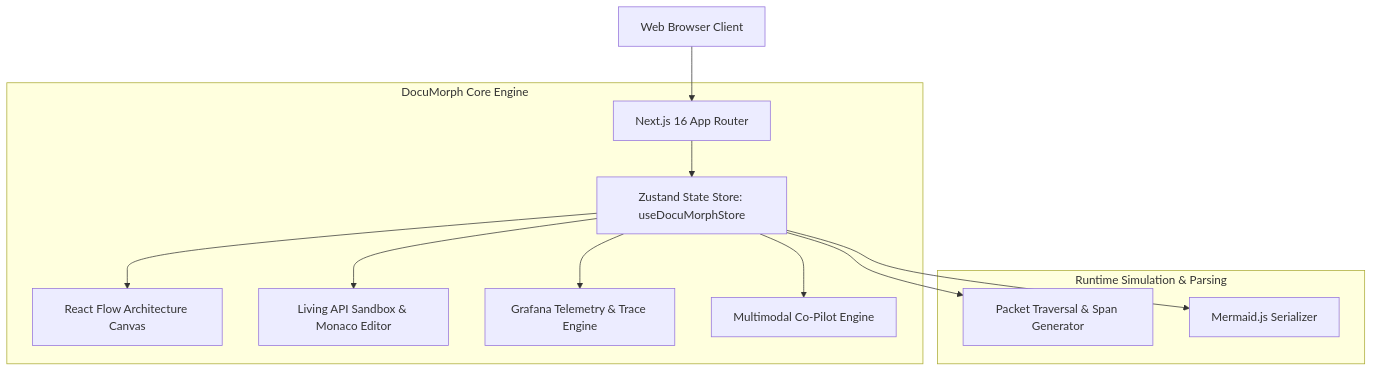
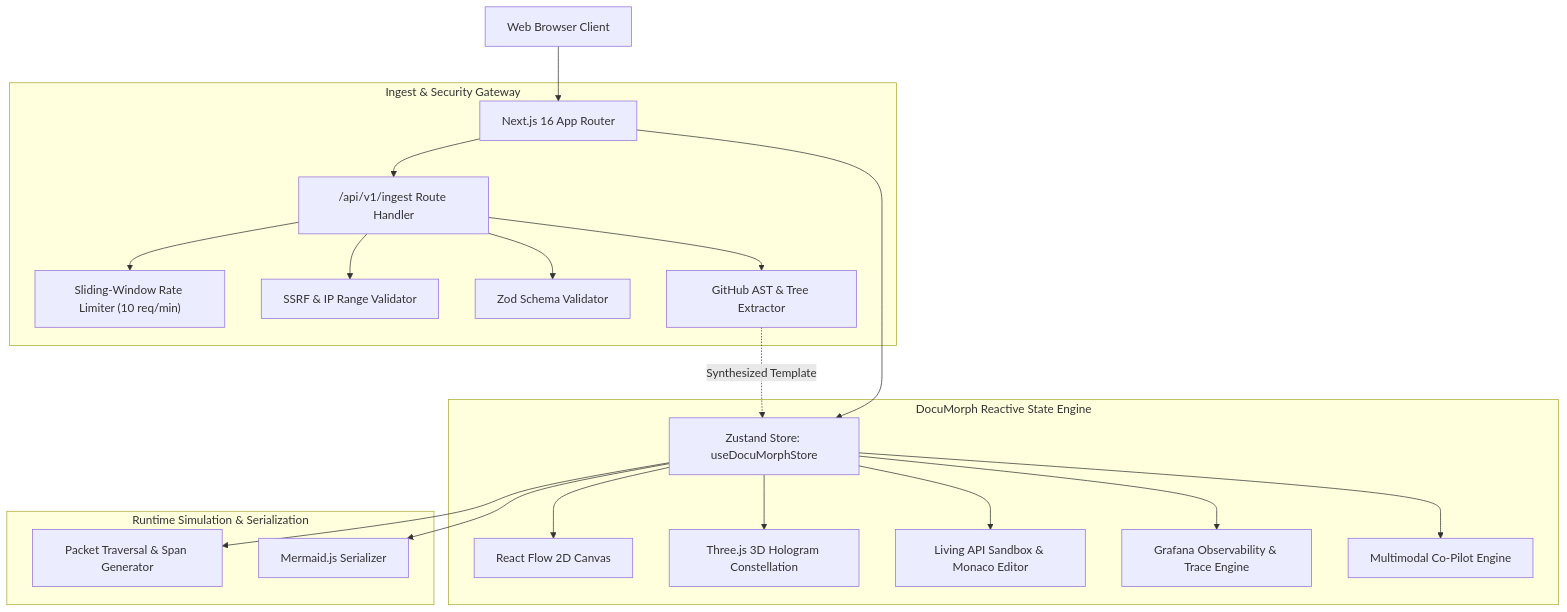
One commit to SWAGAT10241/documorph changed the diagram in ARCHITECTURE.md. Above: the diagram before and after it, drawn with Mermaid. The commit also changed other lines of this file and 6 other files, not shown here.

Commit message:
docs: expand README, ARCHITECTURE and add comprehensive GitHub Wiki documentation suite

````diff
--- a/ARCHITECTURE.md
+++ b/ARCHITECTURE.md
@@ -14,17 +16,27 @@
 ```mermaid
-graph TD
-    Client[Web Browser Client] --> NextApp[Next.js 16 App Router]
+flowchart TD
+    Client["Web Browser Client"] --> NextApp["Next.js 16 App Router"]
     
-    subgraph "DocuMorph Core Engine"
-        NextApp --> Store[Zustand State Store: useDocuMorphStore]
-        Store --> Canvas[React Flow Architecture Canvas]
-        Store --> Sandbox[Living API Sandbox & Monaco Editor]
-        Store --> Observability[Grafana Telemetry & Trace Engine]
-        Store --> Copilot[Multimodal Co-Pilot Engine]
+    subgraph "Ingest & Security Gateway"
+        NextApp --> IngestAPI["/api/v1/ingest Route Handler"]
+        IngestAPI --> RateLimiter["Sliding-Window Rate Limiter (10 req/min)"]
+        IngestAPI --> SSRFGuard["SSRF & IP Range Validator"]
+        IngestAPI --> ZodValidator["Zod Schema Validator"]
+        IngestAPI --> GHIngestor["GitHub AST & Tree Extractor"]
     end
 
-    subgraph "Runtime Simulation & Parsing"
-        Store --> SimEngine[Packet Traversal & Span Generator]
-        Store --> Exporter[Mermaid.js Serializer]
+    subgraph "DocuMorph Reactive State Engine"
+        NextApp --> Store["Zustand Store: useDocuMorphStore"]
+        GHIngestor -.->|"Synthesized Template"| Store
+        Store --> Canvas2D["React Flow 2D Canvas"]
+        Store --> Canvas3D["Three.js 3D Hologram Constellation"]
+        Store --> Sandbox["Living API Sandbox & Monaco Editor"]
+        Store --> Observability["Grafana Observability & Trace Engine"]
+        Store --> Copilot["Multimodal Co-Pilot Engine"]
+    end
+
+    subgraph "Runtime Simulation & Serialization"
+        Store --> SimEngine["Packet Traversal & Span Generator"]
+        Store --> Exporter["Mermaid.js Serializer"]
     end
 ```
````
